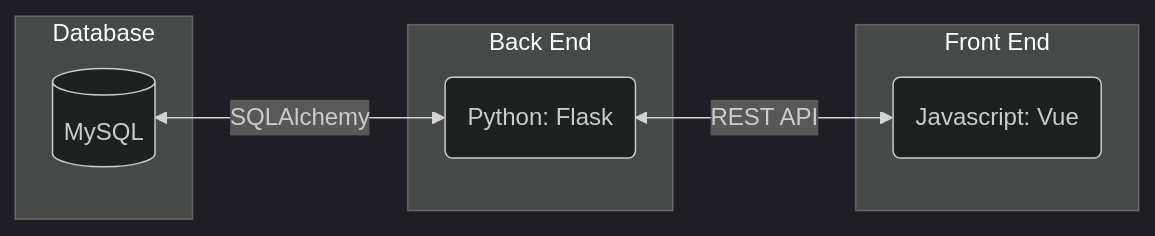
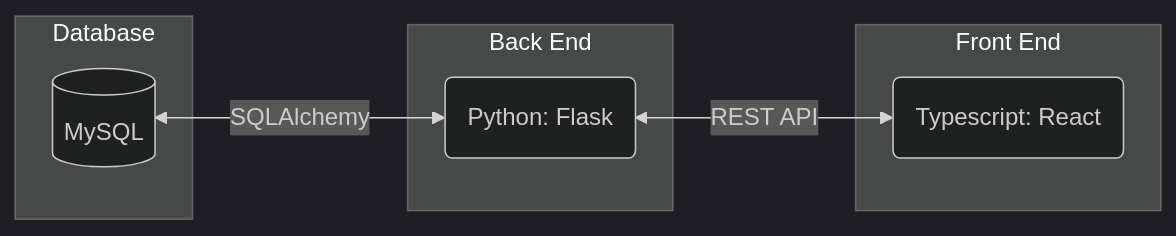
The first of 6 diagrams in docs/requirements_specifications.md (HenryW0220/Sudoku), drawn with Mermaid (dark theme) before and after one commit. The commit also changed other lines of this file, not shown here.

````diff
--- a/docs/requirements_specifications.md
+++ b/docs/requirements_specifications.md
@@ -106,17 +87,17 @@
 ```mermaid
 flowchart RL
 subgraph Front End
-	A(Javascript: Vue)
+	A(Typescript: React)
 end
 	
 subgraph Back End
 	B(Python: Flask)
 end
 	
 subgraph Database
 	C[(MySQL)]
 end
 
 A <-->|"REST API"| B
 B <-->|SQLAlchemy| C
 ```
````
